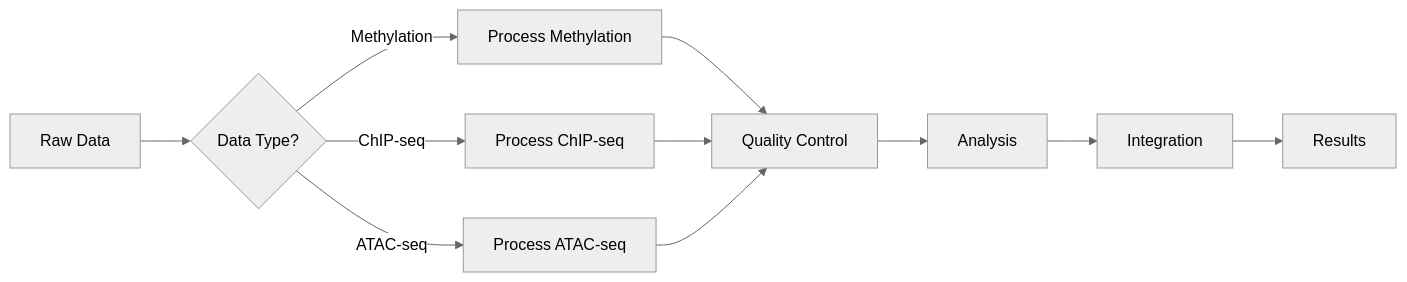
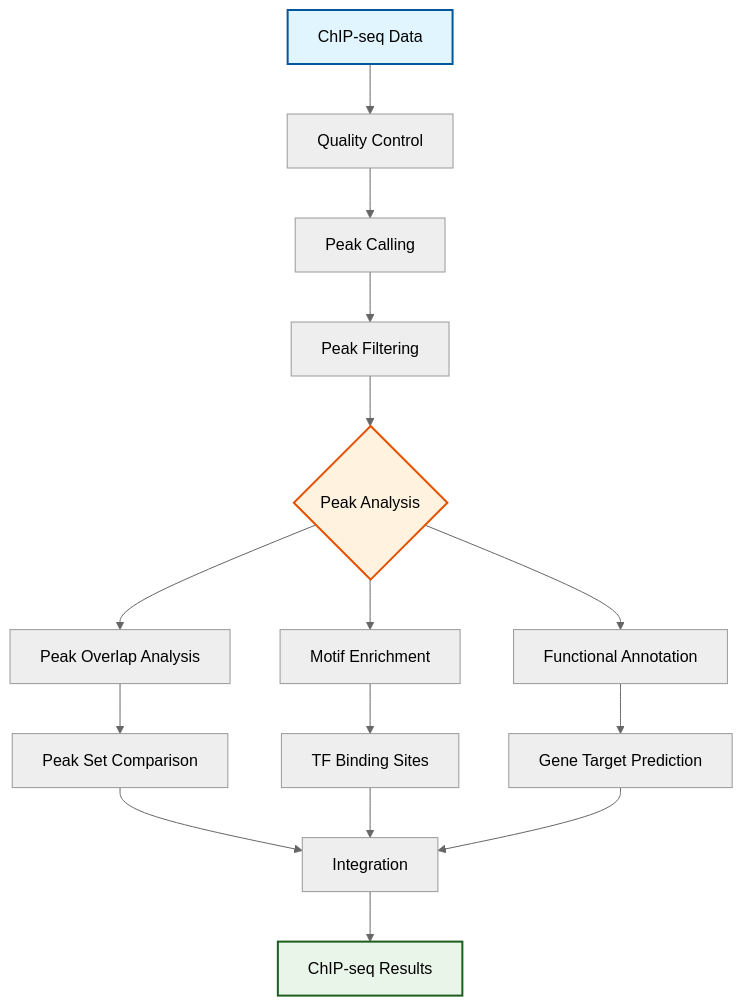
Before and after one commit to docxology/MetaInformAnt: the fourth of 4 diagrams in src/metainformant/epigenome/README.md, drawn with Mermaid (neutral theme). The commit also changed other lines of this file and 1159 other files, not shown here.

````diff
--- a/src/metainformant/epigenome/README.md
+++ b/src/metainformant/epigenome/README.md
@@ -49,13 +136,25 @@
 ```mermaid
-flowchart LR
-    Start[Raw Data] --> Type{Data Type?}
-    Type -->|Methylation| Methyl[Process Methylation]
-    Type -->|ChIP-seq| ChIP[Process ChIP-seq]
-    Type -->|ATAC-seq| ATAC[Process ATAC-seq]
-    Methyl --> QC[Quality Control]
-    ChIP --> QC
-    ATAC --> QC
-    QC --> Analyze[Analysis]
-    Analyze --> Integrate[Integration]
-    Integrate --> Output[Results]
+graph TD
+    A[ChIP-seq Data] --> B[Quality Control]
+    B --> C[Peak Calling]
+    C --> D[Peak Filtering]
+
+    D --> E{Peak Analysis}
+    E --> F[Peak Overlap Analysis]
+    E --> G[Motif Enrichment]
+    E --> H[Functional Annotation]
+
+    F --> I[Peak Set Comparison]
+    G --> J[TF Binding Sites]
+    H --> K[Gene Target Prediction]
+
+    I --> L[Integration]
+    J --> L
+    K --> L
+
+    L --> M[ChIP-seq Results]
+
+    style A fill:#e1f5fe,stroke:#01579b,stroke-width:2px
+    style E fill:#fff3e0,stroke:#e65100,stroke-width:2px
+    style M fill:#e8f5e8,stroke:#1b5e20,stroke-width:2px
 ```
````
